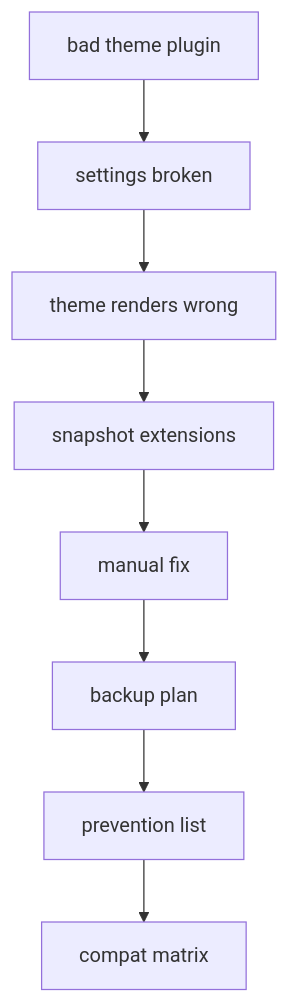
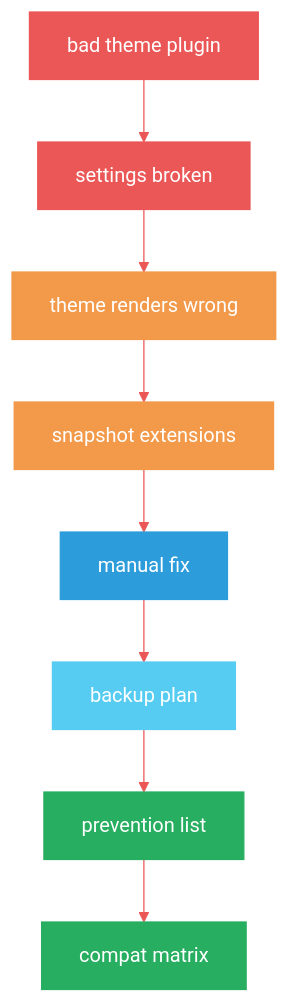
The eighth of 13 diagrams in Graphs/Dev-Tasks-Diagrams.md (444Nazky/My-Vault), drawn with Mermaid before and after one commit. The commit also changed other lines of this file and 15 other files, not shown here.

````diff
--- a/Graphs/Dev-Tasks-Diagrams.md
+++ b/Graphs/Dev-Tasks-Diagrams.md
@@ -89,10 +126,19 @@
 ```mermaid
+%%{init: {'theme': 'default', 'themeVariables': { 'primaryColor': '#EB5757', 'lineColor': '#EB5757'}}}%%
 flowchart TD
  A["bad theme plugin"] --> B["settings broken"]
  B --> C["theme renders wrong"]
  C --> D["snapshot extensions"]
  D --> E["manual fix"]
  E --> F["backup plan"]
  F --> G["prevention list"]
  G --> H["compat matrix"]
+ style A fill:#EB5757,stroke:#EB5757,color:#fff
+ style B fill:#EB5757,stroke:#EB5757,color:#fff
+ style C fill:#F2994A,stroke:#F2994A,color:#fff
+ style D fill:#F2994A,stroke:#F2994A,color:#fff
+ style E fill:#2D9CDB,stroke:#2D9CDB,color:#fff
+ style F fill:#56CCF2,stroke:#56CCF2,color:#fff
+ style G fill:#27AE60,stroke:#27AE60,color:#fff
+ style H fill:#27AE60,stroke:#27AE60,color:#fff
 ```
````
